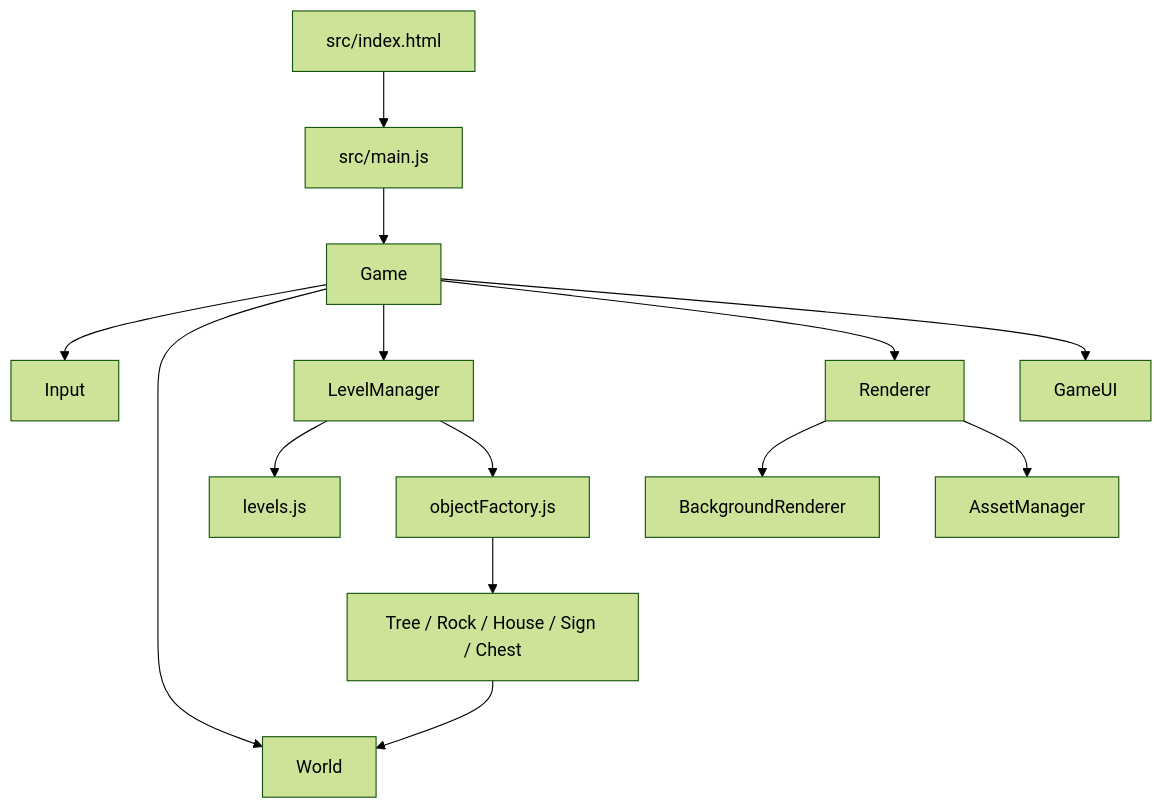
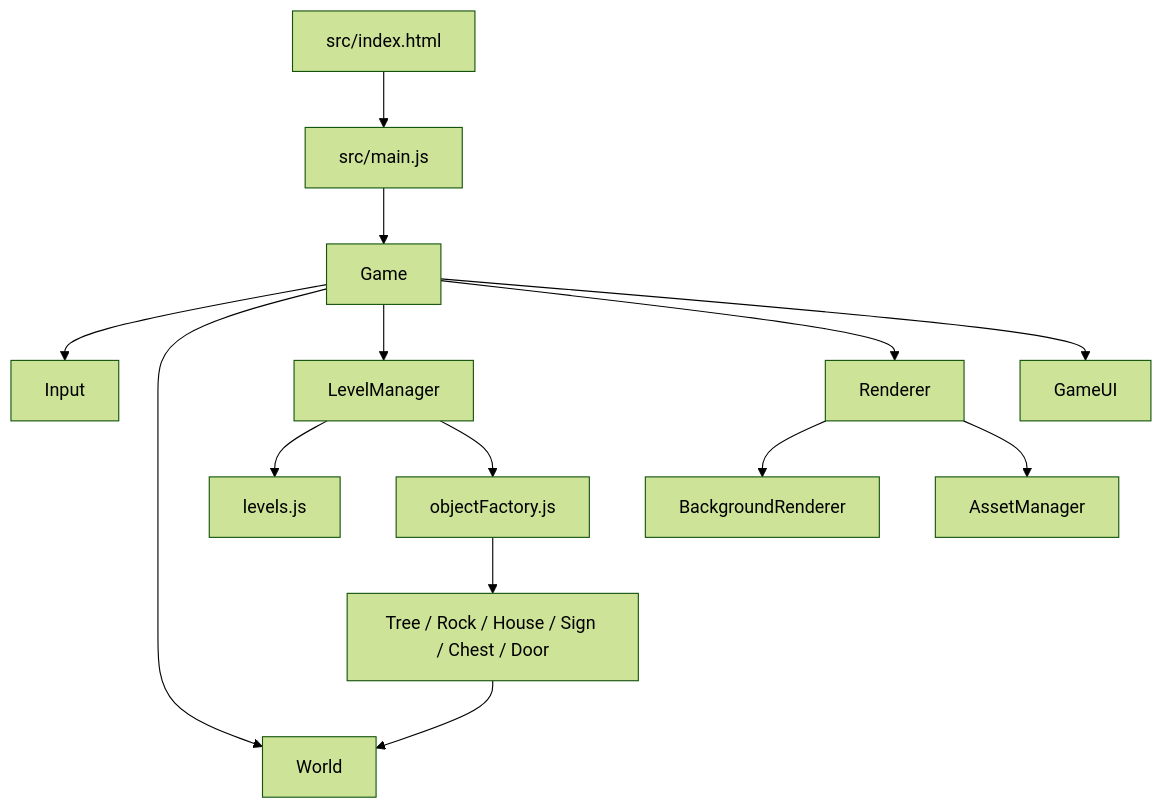
The second of 2 diagrams in README.md (LevelEiffelturm/Farmer-Game-in-Browser), drawn with Mermaid (forest theme) before and after one commit. The commit also changed other lines of this file and 2 other files, not shown here.

````diff
--- a/README.md
+++ b/README.md
@@ -268,16 +322,16 @@
 ```mermaid
 graph TD
     HTML[src/index.html] --> MAIN[src/main.js]
     MAIN --> GAME[Game]
     GAME --> INPUT[Input]
     GAME --> WORLD[World]
     GAME --> LEVEL[LevelManager]
     GAME --> RENDER[Renderer]
     GAME --> UI[GameUI]
     LEVEL --> DATA[levels.js]
     LEVEL --> FACTORY[objectFactory.js]
-    FACTORY --> ENTITIES[Tree / Rock / House / Sign / Chest]
+    FACTORY --> ENTITIES[Tree / Rock / House / Sign / Chest / Door]
     RENDER --> BACKGROUND[BackgroundRenderer]
     RENDER --> ASSETS[AssetManager]
     ENTITIES --> WORLD
 ```
````
